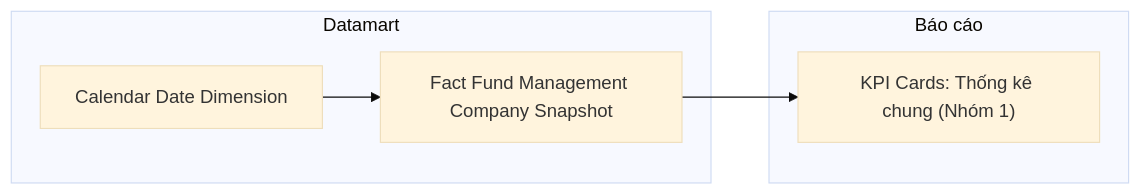
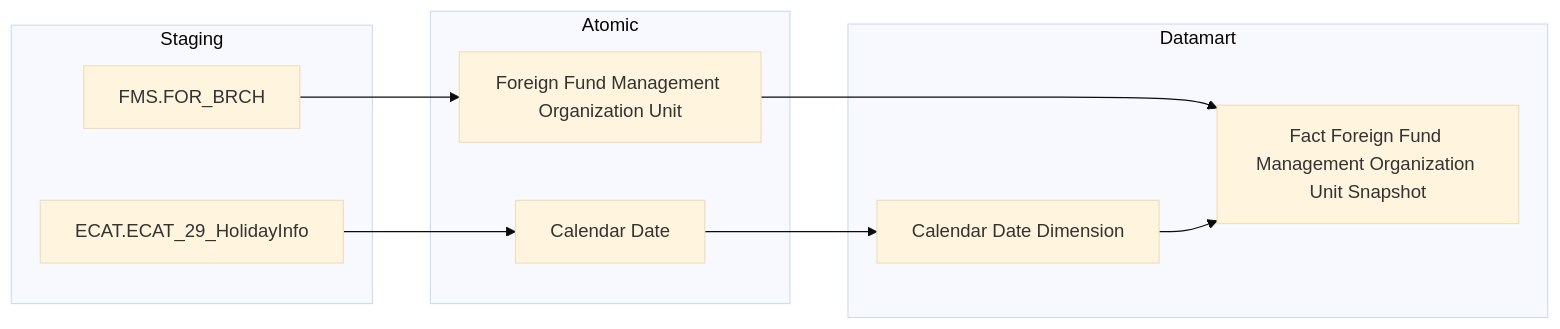
Diagram 11 of 37 in Datamart/hld/DTM_FMS_HLD.md (linhlvit/ubck_atomic_design), drawn with Mermaid (base theme) before and after one commit. The commit also changed other lines of this file and 5 other files, not shown here.

````diff
--- a/Datamart/hld/DTM_FMS_HLD.md
+++ b/Datamart/hld/DTM_FMS_HLD.md
@@ -467,12 +307,24 @@
 ```mermaid
 flowchart LR
+    subgraph SRC["Staging"]
+        FMS_FORBRCH["FMS.FOR_BRCH"]
+        ECAT_ECAT_29_HolidayInfo["ECAT.ECAT_29_HolidayInfo"]
+    end
+
+    subgraph SIL["Atomic"]
+        Foreign_Fund_Management_Organization_Unit["Foreign Fund Management Organization Unit"]
+        Calendar_Date["Calendar Date"]
+    end
+
     subgraph GOLD["Datamart"]
-        G1["Fact Fund Management Company Snapshot"]
-        G2["Calendar Date Dimension"]
+        fct_frgn_fnd_mgt_org_unit_snpst["Fact Foreign Fund Management Organization Unit Snapshot"]
+        cdr_dt_dim["Calendar Date Dimension"]
     end
-    subgraph RPT["Báo cáo"]
-        R1["KPI Cards: Thống kê chung (Nhóm 1)"]
-    end
-    G2 --> G1
-    G1 --> R1
+
+    FMS_FORBRCH --> Foreign_Fund_Management_Organization_Unit
+    ECAT_ECAT_29_HolidayInfo --> Calendar_Date
+
+    Foreign_Fund_Management_Organization_Unit --> fct_frgn_fnd_mgt_org_unit_snpst
+    Calendar_Date --> cdr_dt_dim
+    cdr_dt_dim --> fct_frgn_fnd_mgt_org_unit_snpst
 ```
````
